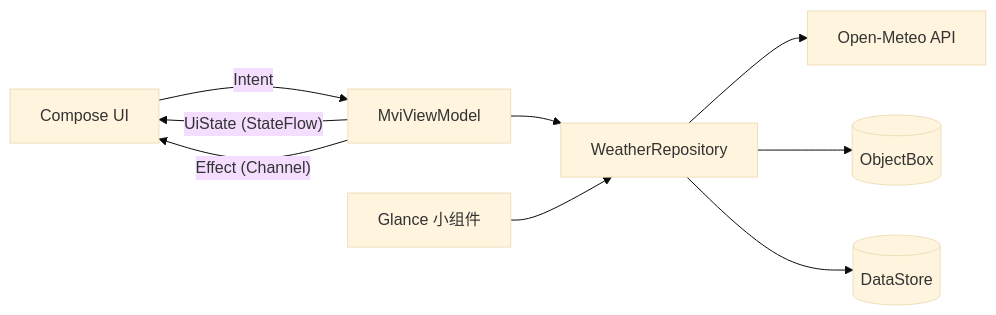
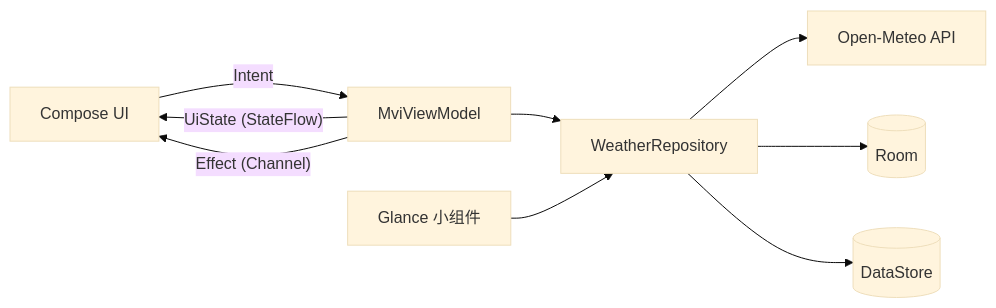
Before and after one commit to Git-a-Live/ComposeWeather: the diagram in README.md, drawn with Mermaid (base theme). The commit also changed other lines of this file and 18 other files, not shown here.

First line of the commit message:
refactor(local): 将本地存储从 ObjectBox 迁移到 Room

````diff
--- a/README.md
+++ b/README.md
@@ -48,11 +48,11 @@
 ```mermaid
 flowchart LR
     UI["Compose UI"] -- Intent --> VM["MviViewModel"]
     VM -- "UiState (StateFlow)" --> UI
     VM -- "Effect (Channel)" --> UI
     VM --> Repo["WeatherRepository"]
     Repo --> Remote["Open-Meteo API"]
-    Repo --> DB[("ObjectBox")]
+    Repo --> DB[("Room")]
     Repo --> Prefs[("DataStore")]
     Widget["Glance 小组件"] --> Repo
 ```
````
